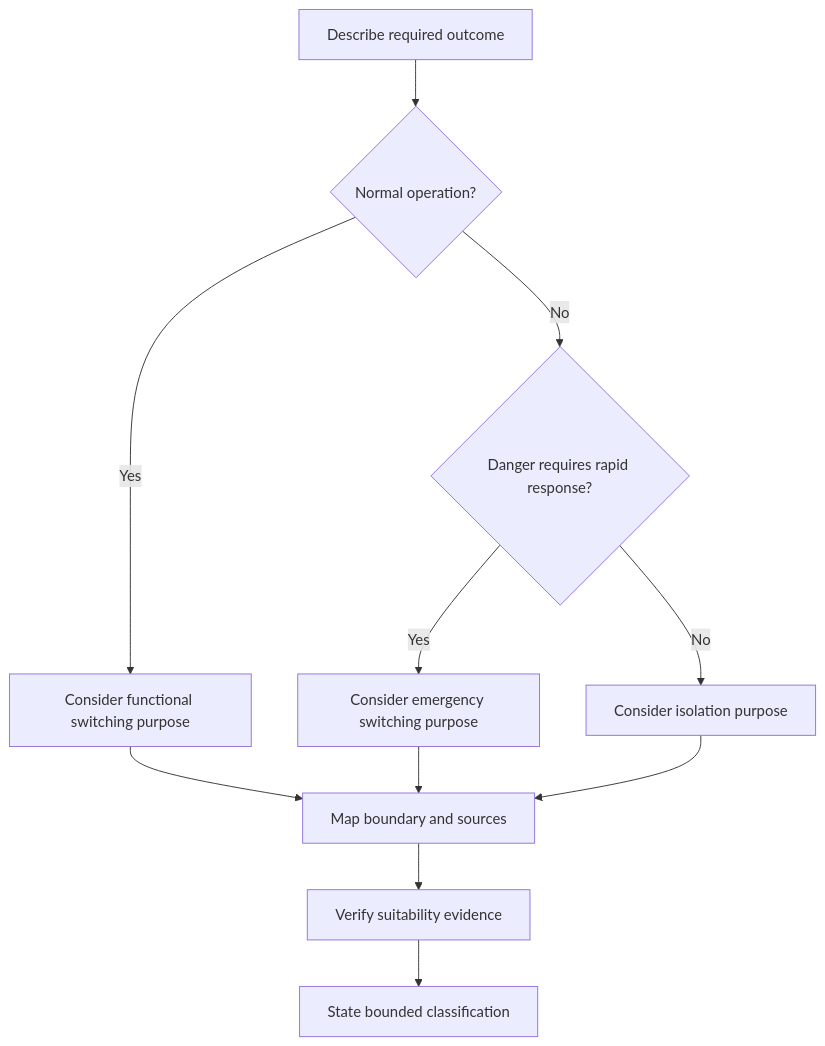
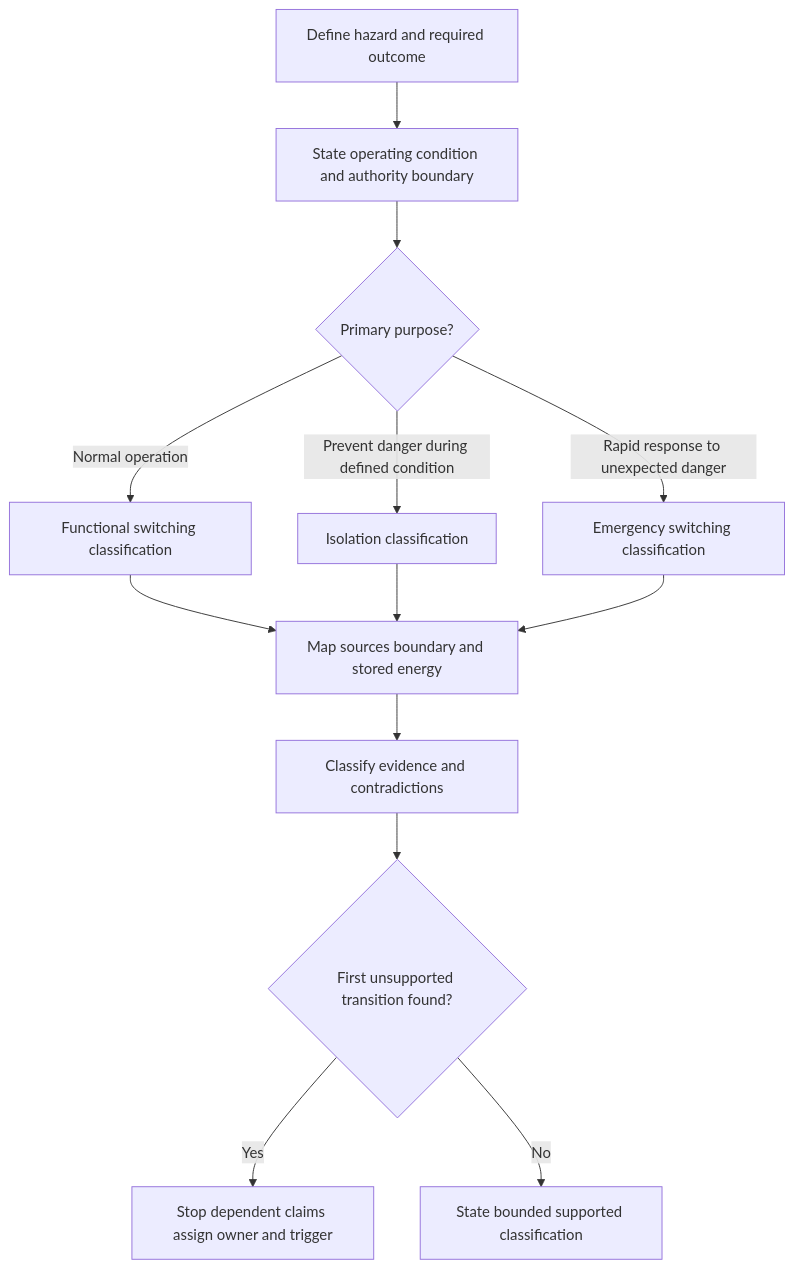
The first of 2 diagrams in docs/learning-plans/12-week/modules/day-36-functional-switching-isolation-and-emergency-switching-distinctions.md (andrew3stedall/capstone), drawn with Mermaid before and after one commit. The commit also changed other lines of this file, not shown here.

Commit message:
Improve Day 36 switching distinctions module

````diff
--- a/docs/learning-plans/12-week/modules/day-36-functional-switching-isolation-and-emergency-switching-distinctions.md
+++ b/docs/learning-plans/12-week/modules/day-36-functional-switching-isolation-and-emergency-switching-distinctions.md
@@ -63,13 +101,15 @@
 ```mermaid
 flowchart TD
-    A[Describe required outcome] --> B{Normal operation?}
-    B -->|Yes| C[Consider functional switching purpose]
-    B -->|No| D{Danger requires rapid response?}
-    D -->|Yes| E[Consider emergency switching purpose]
-    D -->|No| F[Consider isolation purpose]
-    C --> G[Map boundary and sources]
+    A[Define hazard and required outcome] --> B[State operating condition and authority boundary]
+    B --> C{Primary purpose?}
+    C -->|Normal operation| D[Functional switching classification]
+    C -->|Prevent danger during defined condition| E[Isolation classification]
+    C -->|Rapid response to unexpected danger| F[Emergency switching classification]
+    D --> G[Map sources boundary and stored energy]
     E --> G
     F --> G
-    G --> H[Verify suitability evidence]
-    H --> I[State bounded classification]
+    G --> H[Classify evidence and contradictions]
+    H --> I{First unsupported transition found?}
+    I -->|Yes| J[Stop dependent claims assign owner and trigger]
+    I -->|No| K[State bounded supported classification]
 ```
````
